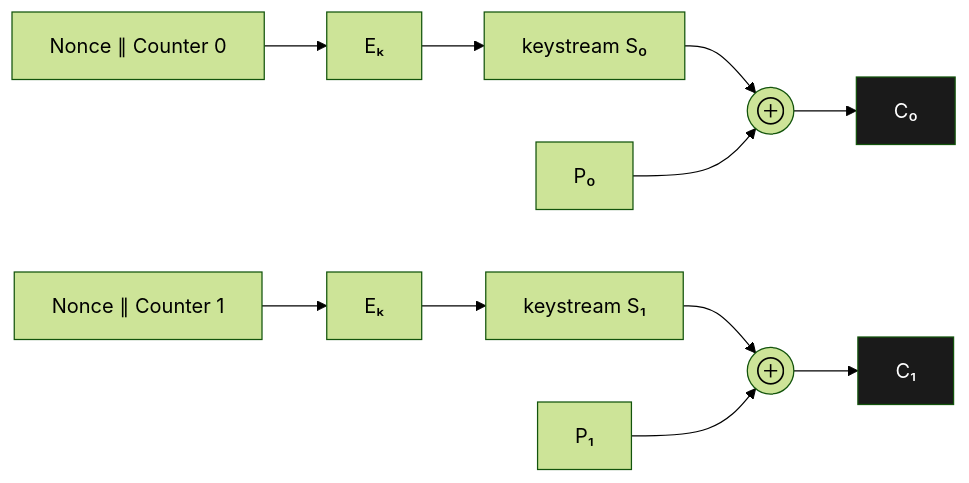
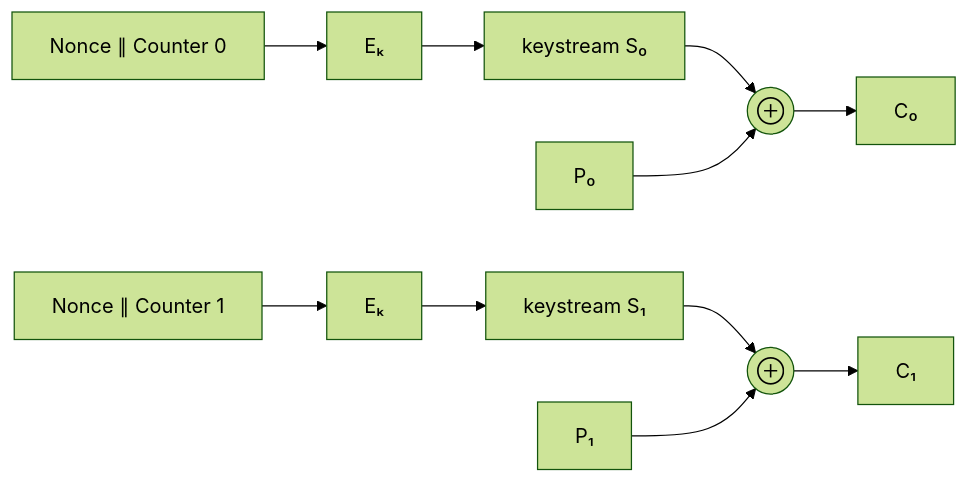
Before and after one commit to KMUTMU/information-security: the ninth of 12 diagrams in 02_대칭키암호_정리.md, drawn with Mermaid (forest theme). The commit also changed other lines of this file and 5 other files, not shown here.

Commit message:
Mermaid 다이어그램 가독성 개선: 짧은 라벨·이모지 제거·색상 최소화

````diff
--- a/02_대칭키암호_정리.md
+++ b/02_대칭키암호_정리.md
@@ -299,11 +281,7 @@
 ```mermaid
 flowchart LR
-    NC0["Nonce ∥ Counter 0"] --> EK0["Eₖ"] --> S0["keystream S₀"]
-    S0 --> X0(("⊕"))
+    NC0["Nonce ∥ Counter 0"] --> EK0["Eₖ"] --> S0["keystream S₀"] --> X0(("⊕"))
     P0["P₀"] --> X0 --> C0["C₀"]
-    NC1["Nonce ∥ Counter 1"] --> EK1["Eₖ"] --> S1["keystream S₁"]
-    S1 --> X1(("⊕"))
+    NC1["Nonce ∥ Counter 1"] --> EK1["Eₖ"] --> S1["keystream S₁"] --> X1(("⊕"))
     P1["P₁"] --> X1 --> C1["C₁"]
-    style C0 fill:#1a1a1a,color:#fff
-    style C1 fill:#1a1a1a,color:#fff
 ```
````
